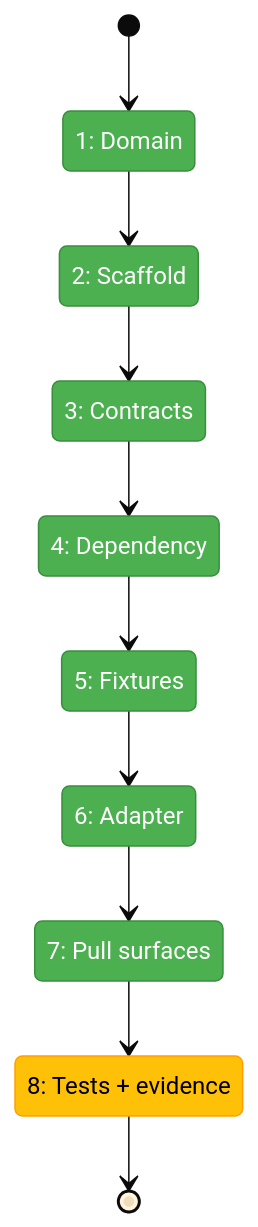
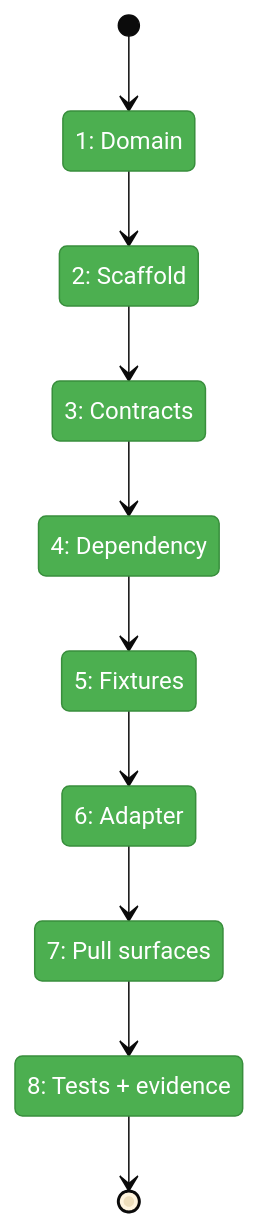
One commit to vaughanknight/pij changed the first of 2 diagrams in docs/plans/007-options-for-pi-extensions-that-do-subagents/tasks/phase-1-minih-inventory-artifact-adapter/tasks.fltplan.md. Above: the diagram before and after it, drawn with Mermaid (base theme). The commit also changed other lines of this file and 8 other files, not shown here.

````diff
--- a/docs/plans/007-options-for-pi-extensions-that-do-subagents/tasks/phase-1-minih-inventory-artifact-adapter/tasks.fltplan.md
+++ b/docs/plans/007-options-for-pi-extensions-that-do-subagents/tasks/phase-1-minih-inventory-artifact-adapter/tasks.fltplan.md
@@ -42,29 +42,28 @@
 ```mermaid
 stateDiagram-v2
     classDef pending fill:#9E9E9E,stroke:#757575,color:#fff
     classDef active fill:#FFC107,stroke:#FFA000,color:#000
     classDef done fill:#4CAF50,stroke:#388E3C,color:#fff
     classDef blocked fill:#F44336,stroke:#D32F2F,color:#fff
 
     state "1: Domain" as S1
     state "2: Scaffold" as S2
     state "3: Contracts" as S3
     state "4: Dependency" as S4
     state "5: Fixtures" as S5
     state "6: Adapter" as S6
     state "7: Pull surfaces" as S7
     state "8: Tests + evidence" as S8
 
     [*] --> S1
     S1 --> S2
     S2 --> S3
     S3 --> S4
     S4 --> S5
     S5 --> S6
     S6 --> S7
     S7 --> S8
     S8 --> [*]
 
-    class S1,S2,S3,S4,S5,S6,S7 done
-    class S8 active
+    class S1,S2,S3,S4,S5,S6,S7,S8 done
 ```
````
